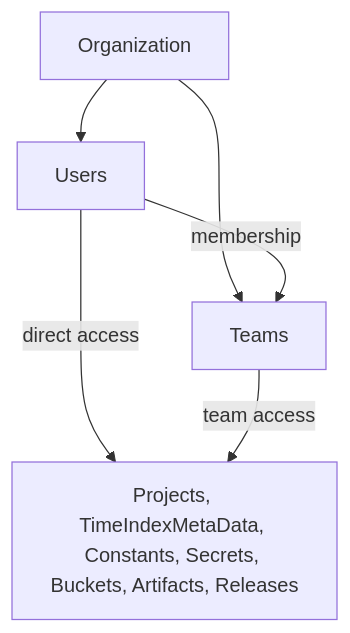
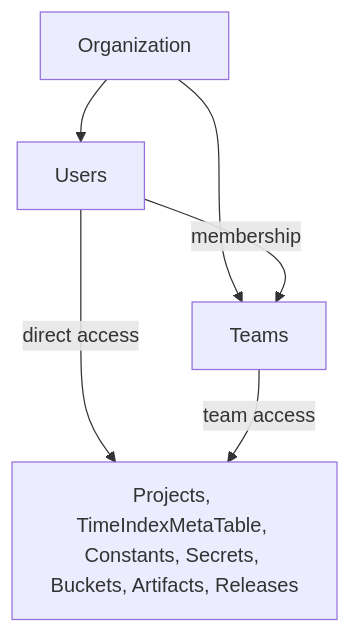
The diagram in docs/knowledge/infrastructure/users_and_access.md (mainsequence-sdk/mainsequence-sdk), drawn with Mermaid before and after one commit. The commit also changed other lines of this file and 46 other files, not shown here.

````diff
--- a/docs/knowledge/infrastructure/users_and_access.md
+++ b/docs/knowledge/infrastructure/users_and_access.md
@@ -31,8 +31,8 @@
 ```mermaid
 graph TD
     Org["Organization"] --> Users["Users"]
     Org --> Teams["Teams"]
     Users -->|membership| Teams
-    Users -->|direct access| Resources["Projects, TimeIndexMetaData, Constants, Secrets, Buckets, Artifacts, Releases"]
+    Users -->|direct access| Resources["Projects, TimeIndexMetaTable, Constants, Secrets, Buckets, Artifacts, Releases"]
     Teams -->|team access| Resources
 ```
````
